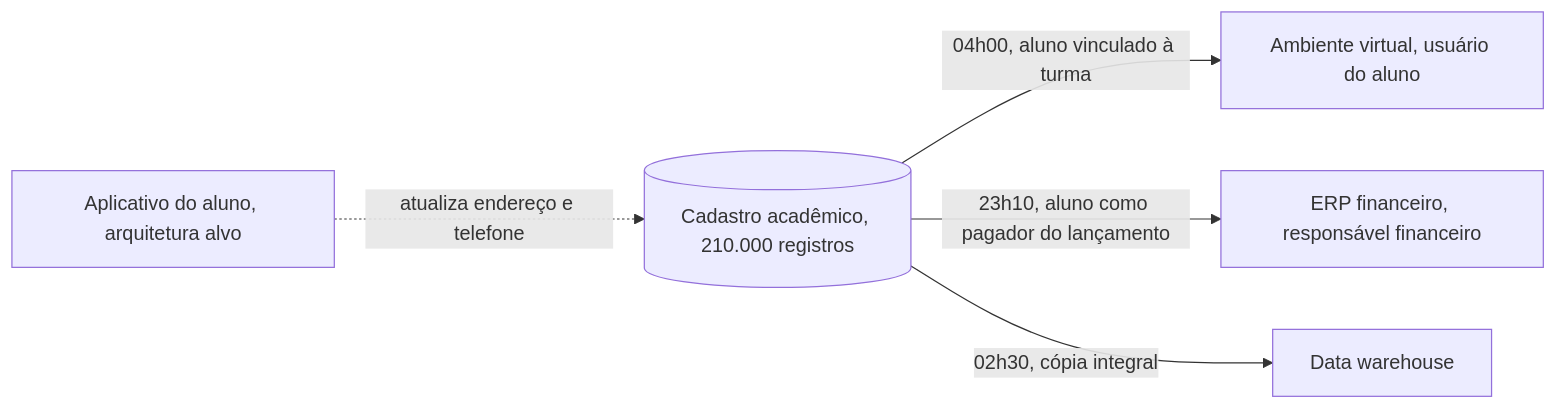
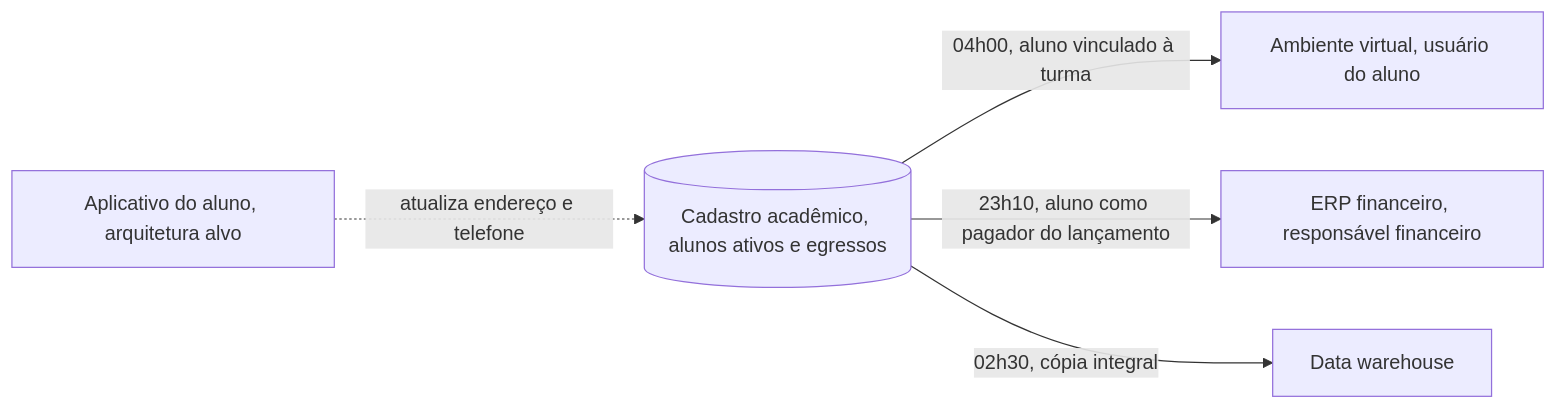
The fourth of 5 diagrams in docs/modulo-4-dominios-da-solucao/bloco-2-arquitetura-de-dados.md (aulas-marco/projeto-arquitetura-software), drawn with Mermaid before and after one commit. The commit also changed other lines of this file and 22 other files, not shown here.

````diff
--- a/docs/modulo-4-dominios-da-solucao/bloco-2-arquitetura-de-dados.md
+++ b/docs/modulo-4-dominios-da-solucao/bloco-2-arquitetura-de-dados.md
@@ -245,8 +245,8 @@
 ```mermaid
 graph LR
-    CAD[("Cadastro acadêmico, 210.000 registros")]
+    CAD[("Cadastro acadêmico, alunos ativos e egressos")]
     CAD -->|"04h00, aluno vinculado à turma"| AVA["Ambiente virtual, usuário do aluno"]
     CAD -->|"23h10, aluno como pagador do lançamento"| ERP["ERP financeiro, responsável financeiro"]
     CAD -->|"02h30, cópia integral"| DW["Data warehouse"]
     APP["Aplicativo do aluno, arquitetura alvo"] -.->|"atualiza endereço e telefone"| CAD
 ```
````
